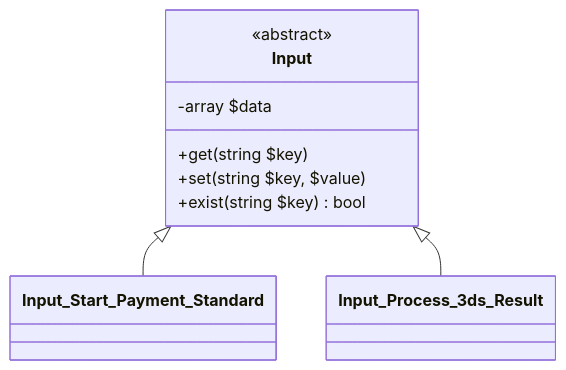
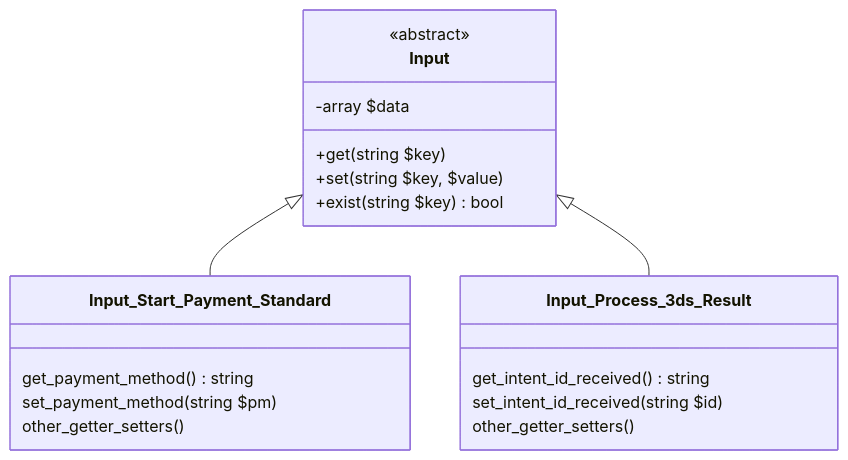
The first of 4 diagrams in docs/state-machine.md (Automattic/woocommerce-payments), drawn with Mermaid before and after one commit. The commit also changed other lines of this file and 1 other file, not shown here.

Commit message:
Update docs - update Input abstract diagram, and add characteristics

````diff
--- a/docs/state-machine.md
+++ b/docs/state-machine.md
@@ -11,10 +18,20 @@
 ```mermaid
 classDiagram
   Input <|-- Input_Start_Payment_Standard
   Input <|-- Input_Process_3ds_Result
   <<abstract>> Input
   Input: -array $data
   Input: +get( string $key )
   Input: +set( string $key, $value )
   Input: +exist( string $key ) bool
+  
+  Input_Start_Payment_Standard: get_payment_method() string
+  Input_Start_Payment_Standard: set_payment_method(string $pm)
+  Input_Start_Payment_Standard: other_getter_setters()
+  
+  Input_Process_3ds_Result: get_intent_id_received() string
+  Input_Process_3ds_Result: set_intent_id_received(string $id)
+  Input_Process_3ds_Result: other_getter_setters()
+
+
 ```
````
